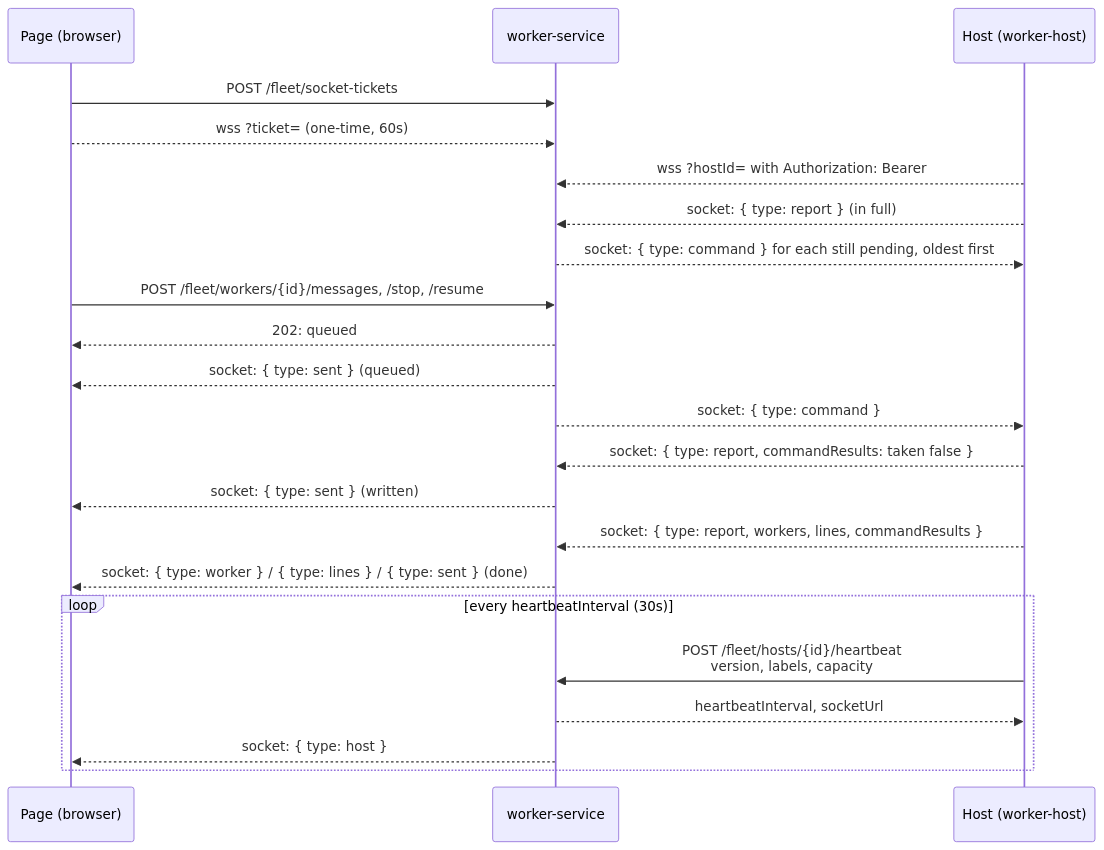
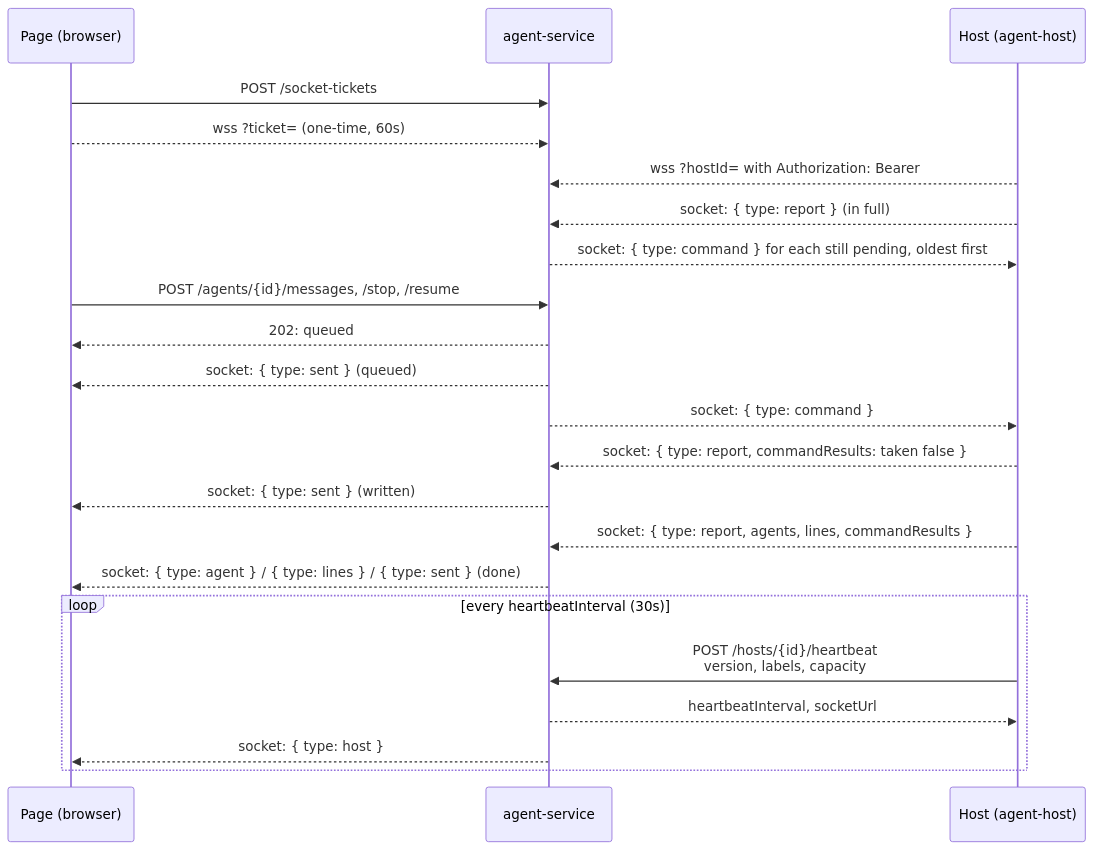
Before and after one commit to dakotacolorado/agency: the diagram in README.md, drawn with Mermaid. The commit also changed other lines of this file and 43 other files, not shown here.

First line of the commit message:
agent-service says agent where worker-service said worker

````diff
--- a/README.md
+++ b/README.md
@@ -22,28 +48,28 @@
 ```mermaid
 sequenceDiagram
     participant P as Page (browser)
-    participant S as worker-service
-    participant H as Host (worker-host)
+    participant S as agent-service
+    participant H as Host (agent-host)
 
-    P->>S: POST /fleet/socket-tickets
+    P->>S: POST /socket-tickets
     P-->>S: wss ?ticket= (one-time, 60s)
     H-->>S: wss ?hostId= with Authorization: Bearer
     H-->>S: socket: { type: report } (in full)
     S-->>H: socket: { type: command } for each still pending, oldest first
 
-    P->>S: POST /fleet/workers/{id}/messages, /stop, /resume
+    P->>S: POST /agents/{id}/messages, /stop, /resume
     S-->>P: 202: queued
     S-->>P: socket: { type: sent } (queued)
     S-->>H: socket: { type: command }
 
     H-->>S: socket: { type: report, commandResults: taken false }
     S-->>P: socket: { type: sent } (written)
-    H-->>S: socket: { type: report, workers, lines, commandResults }
-    S-->>P: socket: { type: worker } / { type: lines } / { type: sent } (done)
+    H-->>S: socket: { type: report, agents, lines, commandResults }
+    S-->>P: socket: { type: agent } / { type: lines } / { type: sent } (done)
 
     loop every heartbeatInterval (30s)
-        H->>S: POST /fleet/hosts/{id}/heartbeat<br/>version, labels, capacity
+        H->>S: POST /hosts/{id}/heartbeat<br/>version, labels, capacity
         S-->>H: heartbeatInterval, socketUrl
         S-->>P: socket: { type: host }
     end
 ```
````
